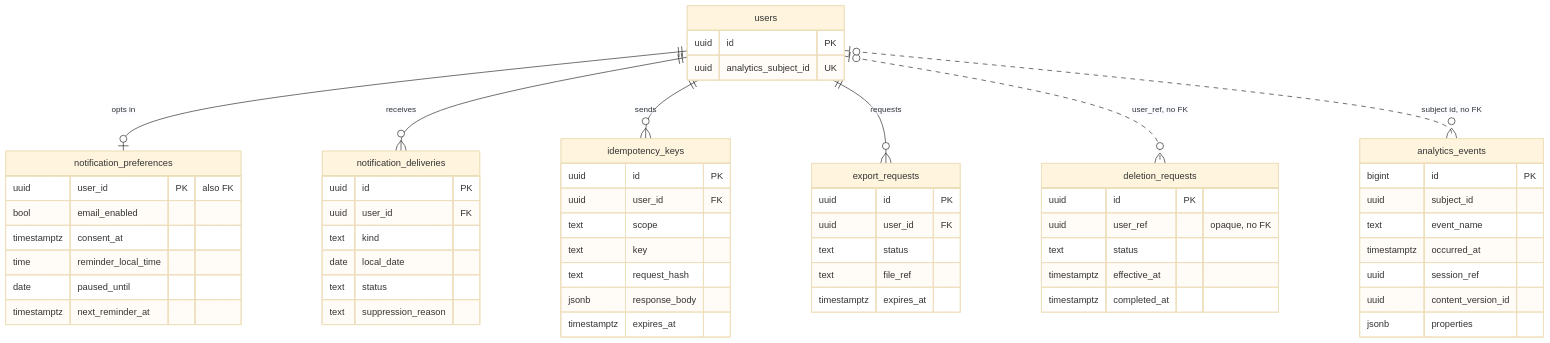
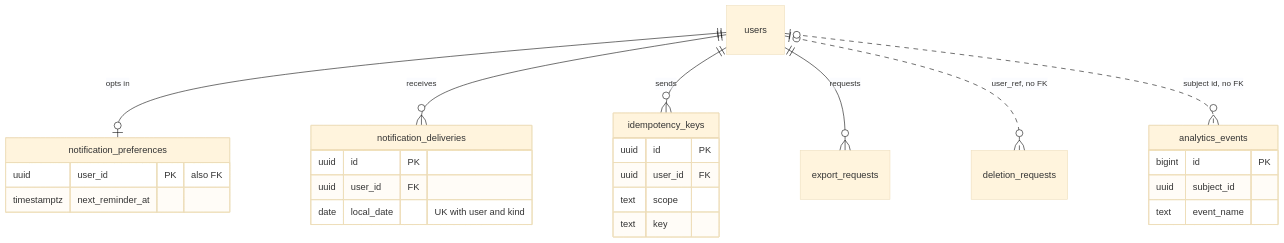
One commit to GhanshyamSoni68/app_idea changed the sixth of 7 diagrams in devstep/docs/04-data-model.md. Above: the diagram before and after it, drawn with Mermaid (base theme). The commit also changed other lines of this file, not shown here.

````diff
--- a/devstep/docs/04-data-model.md
+++ b/devstep/docs/04-data-model.md
@@ -447,61 +262,29 @@
 ```mermaid
 erDiagram
     users ||--o| notification_preferences : "opts in"
     users ||--o{ notification_deliveries : "receives"
     users ||--o{ idempotency_keys : "sends"
     users ||--o{ export_requests : "requests"
     users |o..o{ deletion_requests : "user_ref, no FK"
     users |o..o{ analytics_events : "subject id, no FK"
-    users {
-        uuid id PK
-        uuid analytics_subject_id UK
-    }
     notification_preferences {
         uuid user_id PK "also FK"
-        bool email_enabled
-        timestamptz consent_at
-        time reminder_local_time
-        date paused_until
         timestamptz next_reminder_at
     }
     notification_deliveries {
         uuid id PK
         uuid user_id FK
-        text kind
-        date local_date
-        text status
-        text suppression_reason
+        date local_date "UK with user and kind"
     }
     idempotency_keys {
         uuid id PK
         uuid user_id FK
         text scope
         text key
-        text request_hash
-        jsonb response_body
-        timestamptz expires_at
-    }
-    export_requests {
-        uuid id PK
-        uuid user_id FK
-        text status
-        text file_ref
-        timestamptz expires_at
-    }
-    deletion_requests {
-        uuid id PK
-        uuid user_ref "opaque, no FK"
-        text status
-        timestamptz effective_at
-        timestamptz completed_at
     }
     analytics_events {
         bigint id PK
         uuid subject_id
         text event_name
-        timestamptz occurred_at
-        uuid session_ref
-        uuid content_version_id
-        jsonb properties
     }
 ```
````
